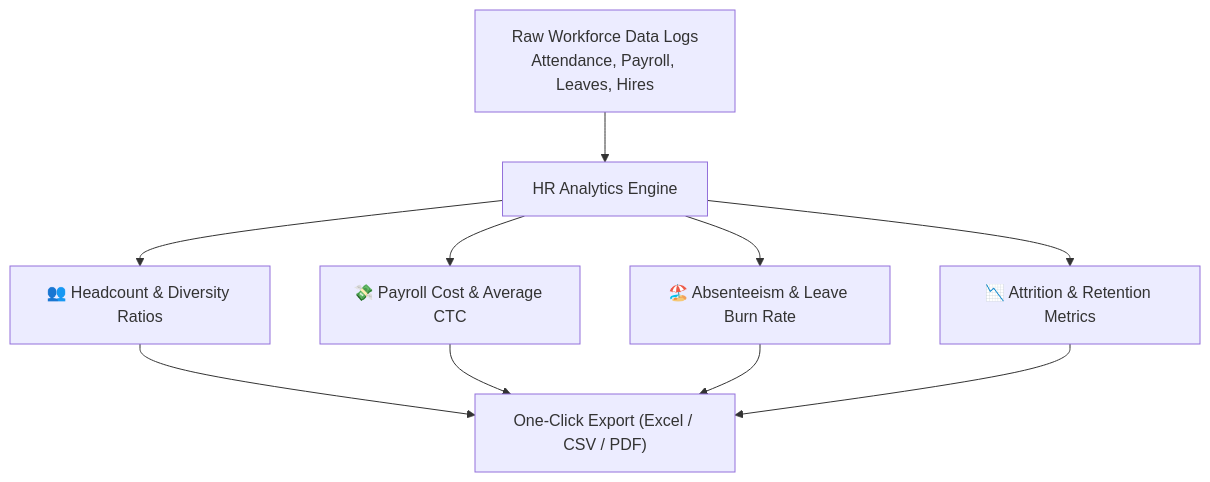
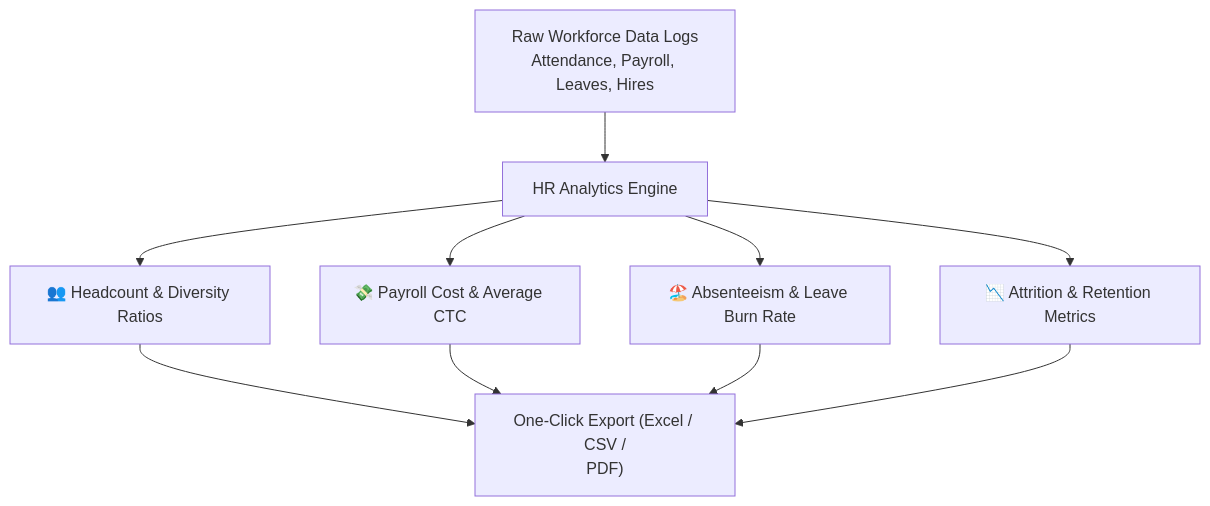
The diagram in docs/hrms-hr/reports.md (SRJ-GROUP/hubnest_user_guide), drawn with Mermaid before and after one commit. The commit also changed 161 other files, not shown here.

Commit message:
feat: complete HubMeet suite, supervisor portal docs, diagram fixes, and interactive eye-button zoom modal

````diff
--- a/docs/hrms-hr/reports.md
+++ b/docs/hrms-hr/reports.md
@@ -20,12 +20,12 @@
 ```mermaid
 graph TD
     Raw["Raw Workforce Data Logs<br/>Attendance, Payroll, Leaves, Hires"] --> Engine["HR Analytics Engine"]
     Engine --> Chart1["👥 Headcount & Diversity Ratios"]
     Engine --> Chart2["💸 Payroll Cost & Average CTC"]
     Engine --> Chart3["🏖️ Absenteeism & Leave Burn Rate"]
     Engine --> Chart4["📉 Attrition & Retention Metrics"]
-    Chart1 --> Export["One-Click Export (Excel / CSV / PDF)"]
+    Chart1 --> Export["One-Click Export (Excel / CSV /<br/>PDF)"]
     Chart2 --> Export
     Chart3 --> Export
     Chart4 --> Export
 ```
````
